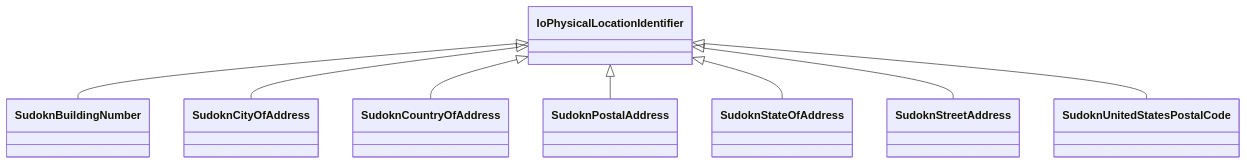
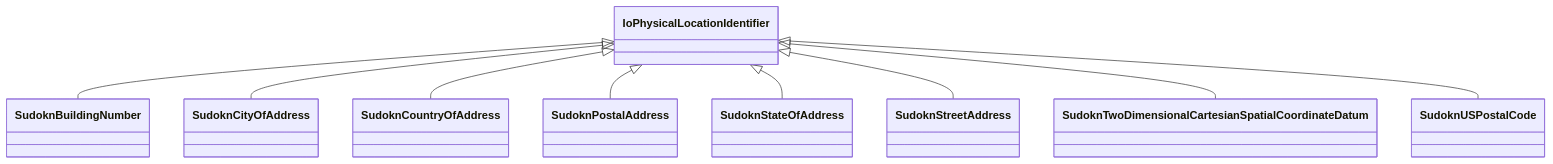
Before and after one commit to frink-okn/graph-descriptions: the diagram in sudokn-kg/classes/IoPhysicalLocationIdentifier.md, drawn with Mermaid. The commit also changed other lines of this file and 903 other files, not shown here.

````diff
--- a/sudokn-kg/classes/IoPhysicalLocationIdentifier.md
+++ b/sudokn-kg/classes/IoPhysicalLocationIdentifier.md
@@ -23,21 +16,23 @@
 ```mermaid
  classDiagram
     class IoPhysicalLocationIdentifier
     click IoPhysicalLocationIdentifier href "../IoPhysicalLocationIdentifier"
       IoPhysicalLocationIdentifier <|-- SudoknBuildingNumber
         click SudoknBuildingNumber href "../SudoknBuildingNumber"
       IoPhysicalLocationIdentifier <|-- SudoknCityOfAddress
         click SudoknCityOfAddress href "../SudoknCityOfAddress"
       IoPhysicalLocationIdentifier <|-- SudoknCountryOfAddress
         click SudoknCountryOfAddress href "../SudoknCountryOfAddress"
       IoPhysicalLocationIdentifier <|-- SudoknPostalAddress
         click SudoknPostalAddress href "../SudoknPostalAddress"
       IoPhysicalLocationIdentifier <|-- SudoknStateOfAddress
         click SudoknStateOfAddress href "../SudoknStateOfAddress"
       IoPhysicalLocationIdentifier <|-- SudoknStreetAddress
         click SudoknStreetAddress href "../SudoknStreetAddress"
-      IoPhysicalLocationIdentifier <|-- SudoknUnitedStatesPostalCode
-        click SudoknUnitedStatesPostalCode href "../SudoknUnitedStatesPostalCode"
+      IoPhysicalLocationIdentifier <|-- SudoknTwoDimensionalCartesianSpatialCoordinateDatum
+        click SudoknTwoDimensionalCartesianSpatialCoordinateDatum href "../SudoknTwoDimensionalCartesianSpatialCoordinateDatum"
+      IoPhysicalLocationIdentifier <|-- SudoknUSPostalCode
+        click SudoknUSPostalCode href "../SudoknUSPostalCode"
       
       
 ```
````
